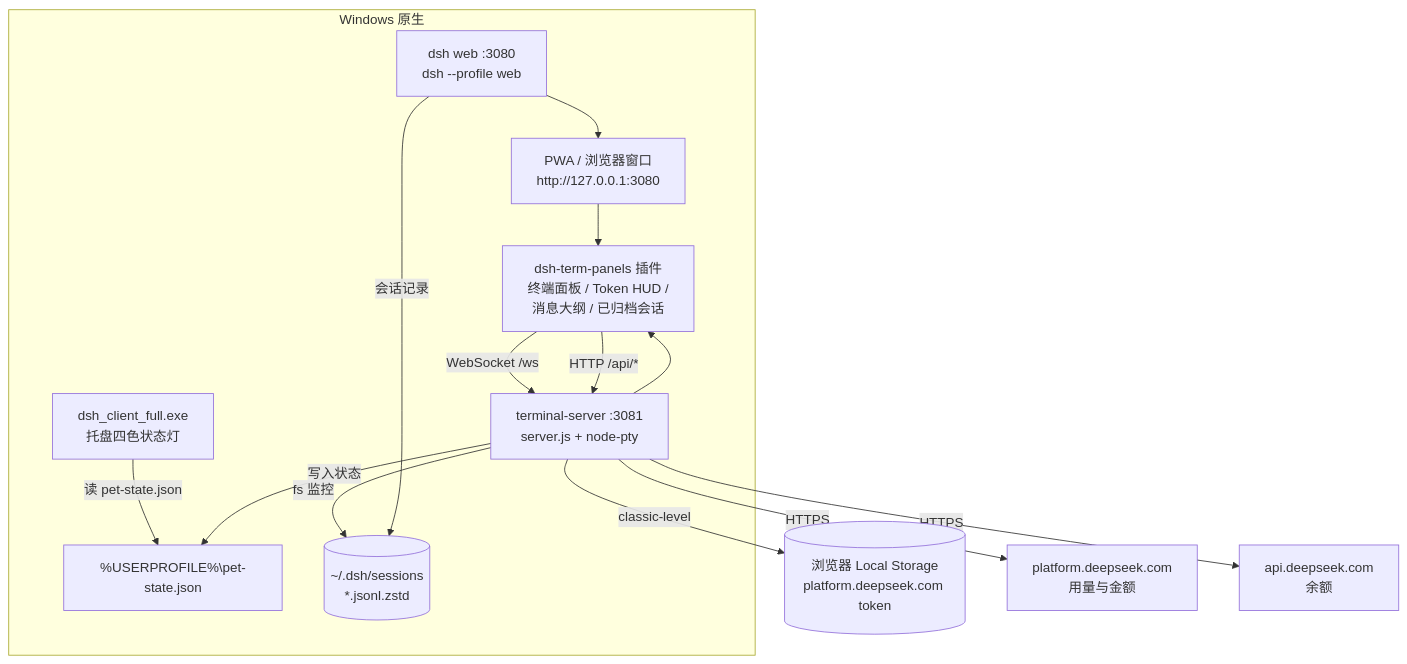
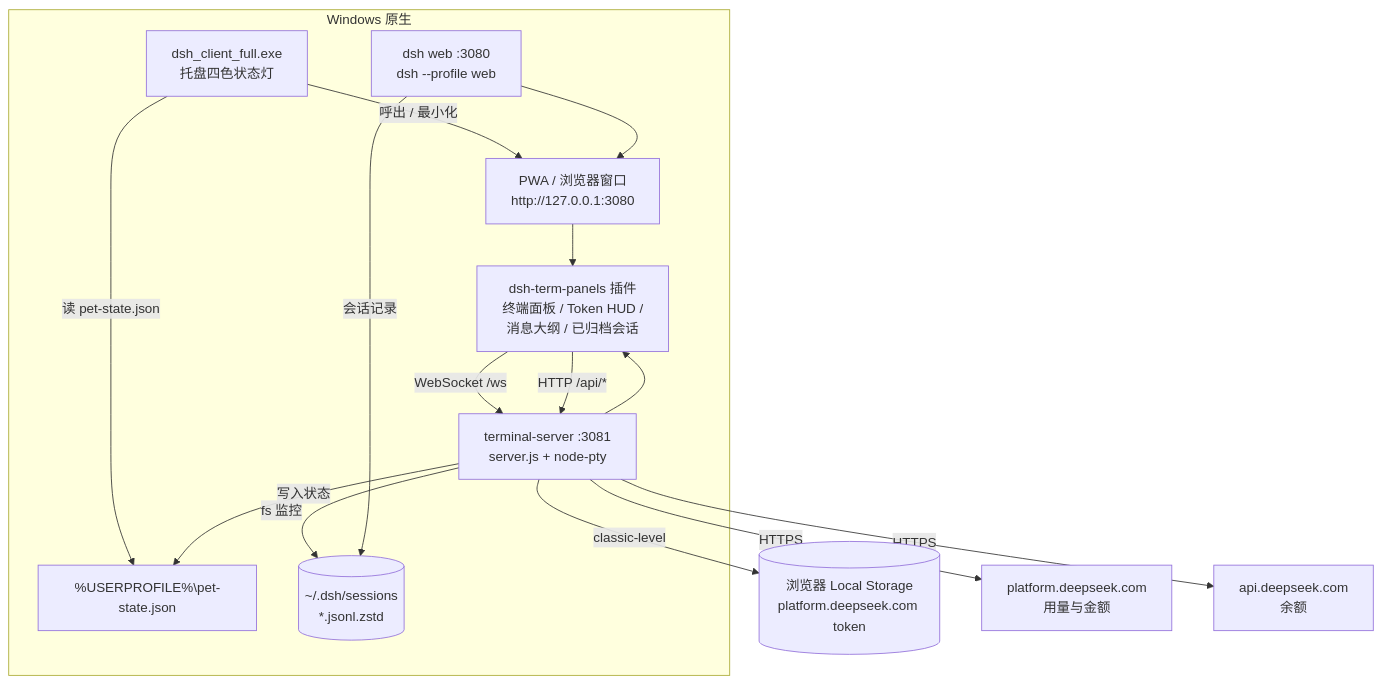
The diagram in README.md (chongfengdy-dev/dsh-pet-client-win), drawn with Mermaid before and after one commit. The commit also changed other lines of this file and 18 other files, not shown here.

````diff
--- a/README.md
+++ b/README.md
@@ -43,17 +44,18 @@
 ```mermaid
 graph TD
     subgraph Windows 原生
         A[dsh_client_full.exe<br/>托盘四色状态灯] -->|读 pet-state.json| D[%USERPROFILE%\pet-state.json]
-        B[PWA / 浏览器窗口<br/>http://127.0.0.1:3080] --> C[dsh-term-panels 插件<br/>终端面板 / Token HUD /<br/>消息大纲 / 已归档会话]
+        A -->|呼出 / 最小化| B[PWA / 浏览器窗口<br/>http://127.0.0.1:3080]
+        B --> C[dsh-term-panels 插件<br/>终端面板 / Token HUD /<br/>消息大纲 / 已归档会话]
         E[dsh web :3080<br/>dsh --profile web] --> B
         F[terminal-server :3081<br/>server.js + node-pty] --> C
         F -->|写入状态| D
         F -->|fs 监控| S[(~/.dsh/sessions<br/>*.jsonl.zstd)]
         E -->|会话记录| S
     end
     C -->|WebSocket /ws| F
     C -->|HTTP /api/*| F
     F -->|classic-level| L[(浏览器 Local Storage<br/>platform.deepseek.com token)]
     F -->|HTTPS| P[platform.deepseek.com<br/>用量与金额]
     F -->|HTTPS| Q[api.deepseek.com<br/>余额]
 ```
````
